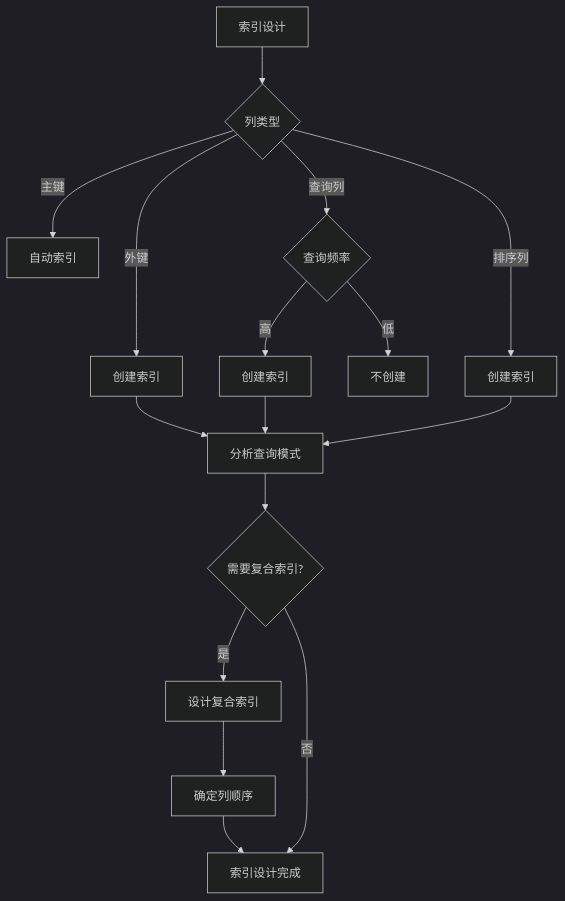
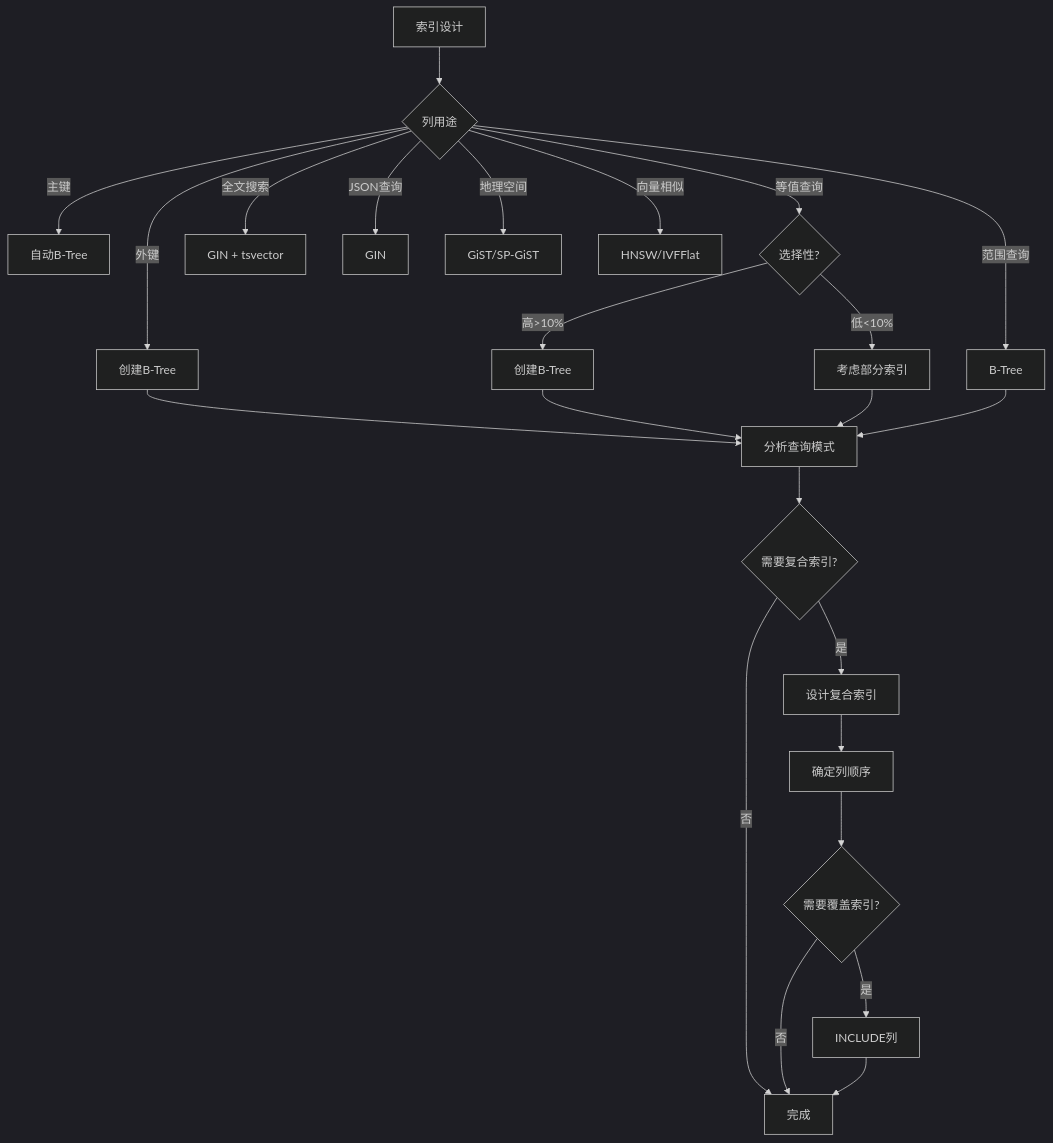
One commit to AdaMartin18010/Data-Science changed diagram 21 of 24 in Design/07-数据库设计实践/07.01-Schema设计方法论.md. Above: the diagram before and after it, drawn with Mermaid (dark theme). The commit also changed other lines of this file and 55 other files, not shown here.

````diff
--- a/Design/07-数据库设计实践/07.01-Schema设计方法论.md
+++ b/Design/07-数据库设计实践/07.01-Schema设计方法论.md
@@ -457,23 +1372,31 @@
 ```mermaid
 flowchart TD
-    A[索引设计] --> B{列类型}
+    A[索引设计] --> B{列用途}
 
-    B -->|主键| C[自动索引]
-    B -->|外键| D[创建索引]
-    B -->|查询列| E{查询频率}
-    B -->|排序列| F[创建索引]
+    B -->|主键| C[自动B-Tree]
+    B -->|外键| D[创建B-Tree]
+    B -->|等值查询| E{选择性?}
+    B -->|范围查询| F[B-Tree]
+    B -->|全文搜索| G[GIN + tsvector]
+    B -->|JSON查询| H[GIN]
+    B -->|地理空间| I[GiST/SP-GiST]
+    B -->|向量相似| J[HNSW/IVFFlat]
 
-    E -->|高| G[创建索引]
-    E -->|低| H[不创建]
+    E -->|高>10%| K[创建B-Tree]
+    E -->|低<10%| L[考虑部分索引]
 
-    D --> I[分析查询模式]
-    G --> I
-    F --> I
+    D --> M[分析查询模式]
+    K --> M
+    L --> M
+    F --> M
 
-    I --> J{需要复合索引?}
-    J -->|是| K[设计复合索引]
-    J -->|否| L[索引设计完成]
+    M --> N{需要复合索引?}
+    N -->|是| O[设计复合索引]
+    N -->|否| P[完成]
 
-    K --> M[确定列顺序]
-    M --> L
+    O --> Q[确定列顺序]
+    Q --> R{需要覆盖索引?}
+    R -->|是| S[INCLUDE列]
+    R -->|否| P
+    S --> P
 ```
````
